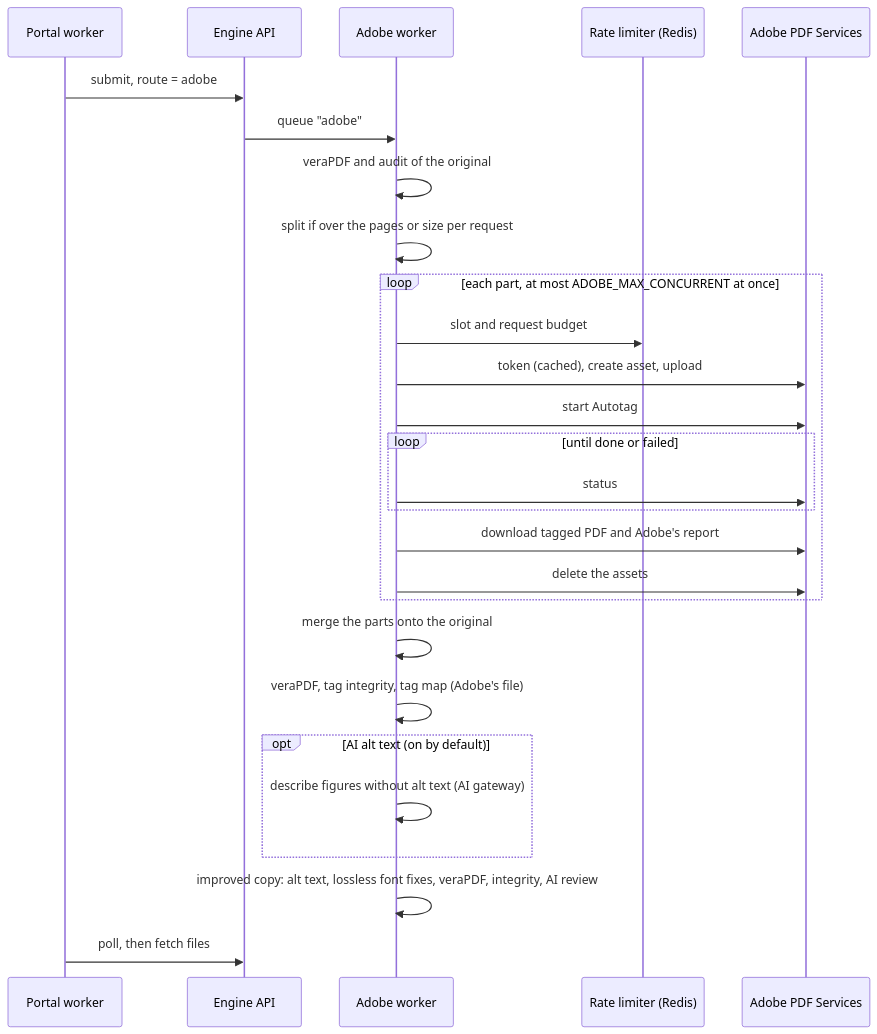
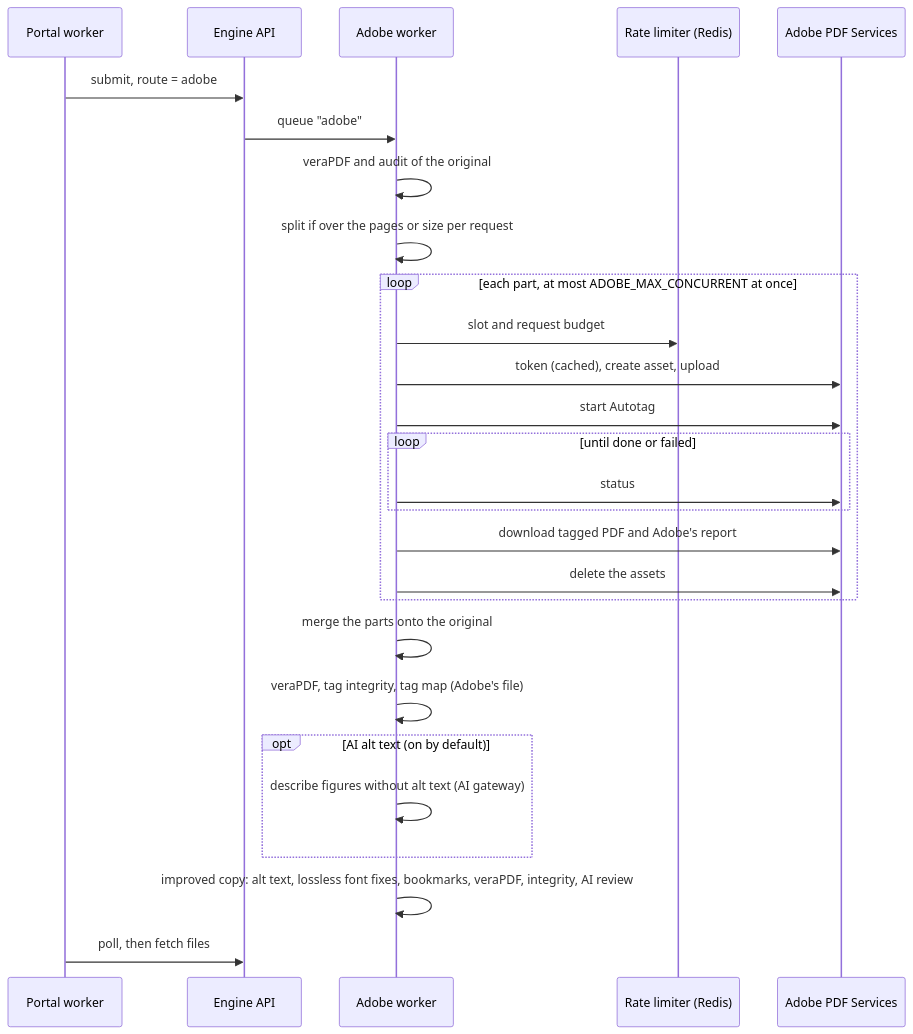
Before and after one commit to buffcleb/pdf-accessibility-remediation: the diagram in docs/architecture/adobe-route.md, drawn with Mermaid. The commit also changed other lines of this file and 390 other files, not shown here.

````diff
--- a/docs/architecture/adobe-route.md
+++ b/docs/architecture/adobe-route.md
@@ -17,29 +26,29 @@
 ```mermaid
 sequenceDiagram
   participant W as Portal worker
   participant E as Engine API
   participant A as Adobe worker
   participant L as Rate limiter (Redis)
   participant X as Adobe PDF Services
   W->>E: submit, route = adobe
   E->>A: queue "adobe"
   A->>A: veraPDF and audit of the original
   A->>A: split if over the pages or size per request
   loop each part, at most ADOBE_MAX_CONCURRENT at once
     A->>L: slot and request budget
     A->>X: token (cached), create asset, upload
     A->>X: start Autotag
     loop until done or failed
       A->>X: status
     end
     A->>X: download tagged PDF and Adobe's report
     A->>X: delete the assets
   end
   A->>A: merge the parts onto the original
   A->>A: veraPDF, tag integrity, tag map (Adobe's file)
   opt AI alt text (on by default)
     A->>A: describe figures without alt text (AI gateway)
   end
-  A->>A: improved copy: alt text, lossless font fixes, veraPDF, integrity, AI review
+  A->>A: improved copy: alt text, lossless font fixes, bookmarks, veraPDF, integrity, AI review
   W->>E: poll, then fetch files
 ```
````
